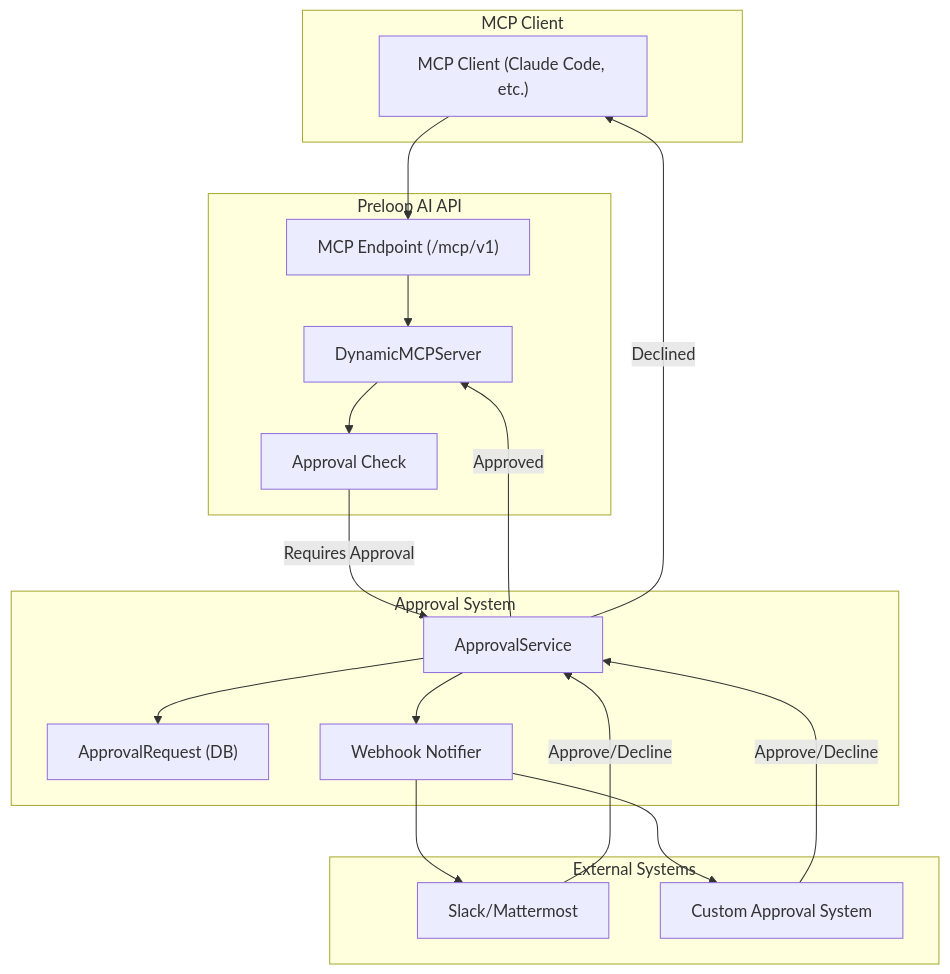
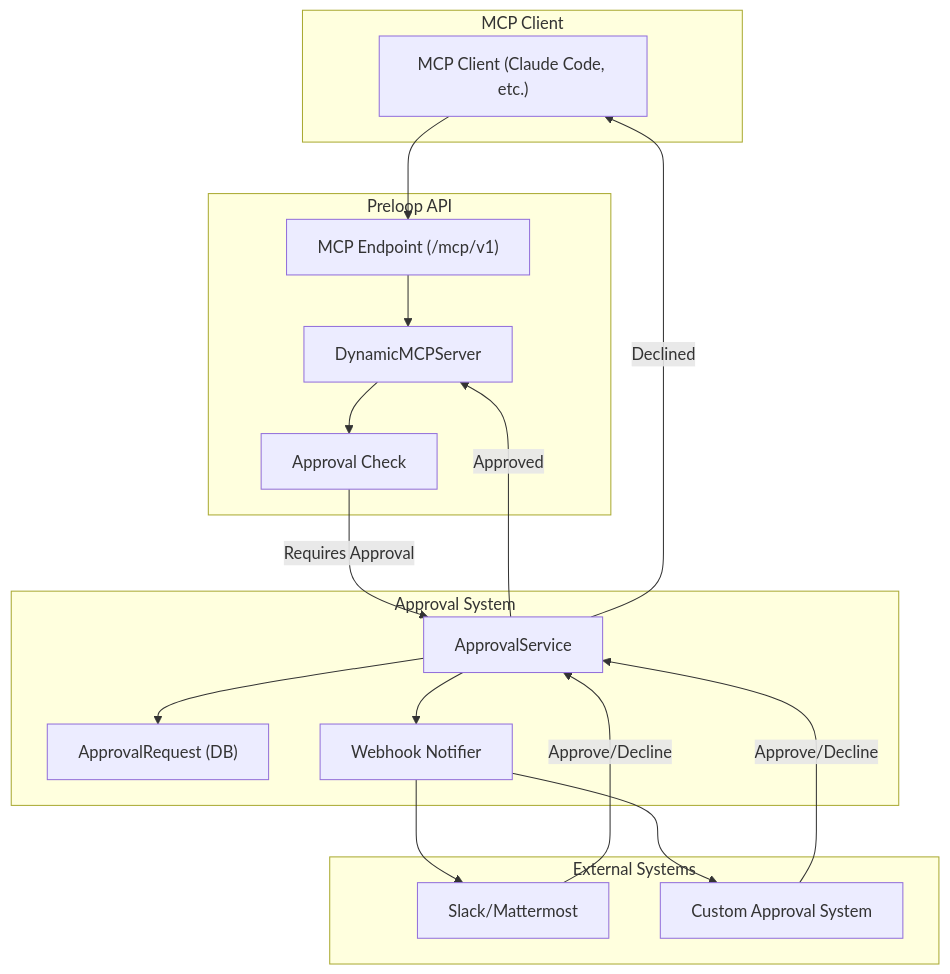
One commit to GiorgosAlexakis/preloop changed the third of 7 diagrams in ARCHITECTURE.md. Above: the diagram before and after it, drawn with Mermaid. The commit also changed other lines of this file and 818 other files, not shown here.

````diff
--- a/ARCHITECTURE.md
+++ b/ARCHITECTURE.md
@@ -353,40 +353,40 @@
 ```mermaid
 graph TD
     subgraph "MCP Client"
         Client["MCP Client (Claude Code, etc.)"]
     end
 
-    subgraph "Preloop AI API"
+    subgraph "Preloop API"
         MCPEndpoint["MCP Endpoint (/mcp/v1)"]
         DynamicMCP["DynamicMCPServer"]
         ApprovalCheck["Approval Check"]
     end
 
     subgraph "Approval System"
         ApprovalService["ApprovalService"]
         ApprovalDB["ApprovalRequest (DB)"]
         WebhookNotifier["Webhook Notifier"]
     end
 
     subgraph "External Systems"
         Slack["Slack/Mattermost"]
         CustomWebhook["Custom Approval System"]
     end
 
     Client --> MCPEndpoint
     MCPEndpoint --> DynamicMCP
     DynamicMCP --> ApprovalCheck
 
     ApprovalCheck -->|Requires Approval| ApprovalService
     ApprovalService --> ApprovalDB
     ApprovalService --> WebhookNotifier
 
     WebhookNotifier --> Slack
     WebhookNotifier --> CustomWebhook
 
     CustomWebhook -->|Approve/Decline| ApprovalService
     Slack -->|Approve/Decline| ApprovalService
 
     ApprovalService -->|Approved| DynamicMCP
     ApprovalService -->|Declined| Client
 ```
````
